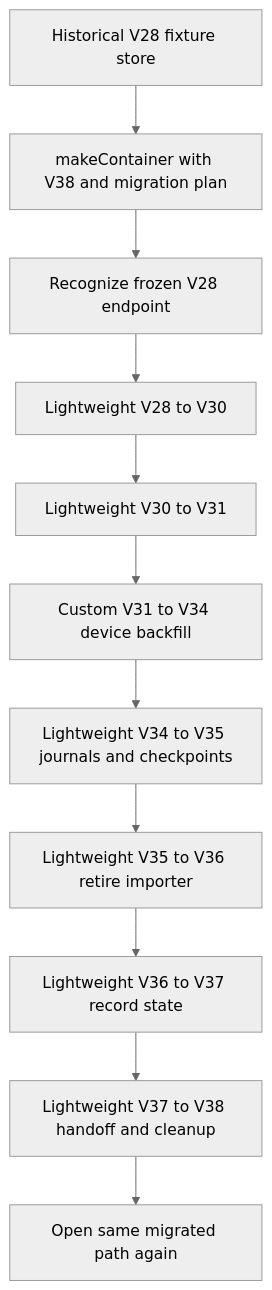
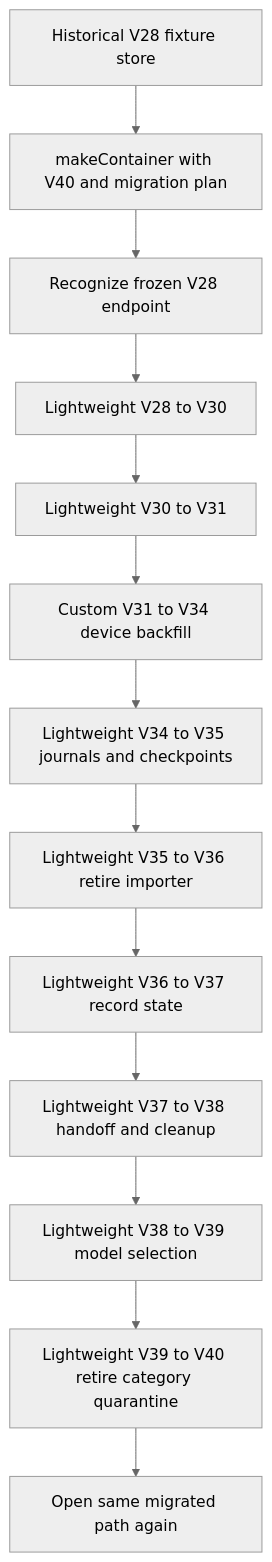
One commit to AkinoKaede/Termind changed the second of 3 diagrams in openwiki/concepts/persistence-and-secrets.md. Above: the diagram before and after it, drawn with Mermaid (neutral theme). The commit also changed other lines of this file and 49 other files, not shown here.

````diff
--- a/openwiki/concepts/persistence-and-secrets.md
+++ b/openwiki/concepts/persistence-and-secrets.md
@@ -163,13 +165,15 @@
 ```mermaid
 flowchart TD
-    Fixture["Historical V28 fixture store"] --> Factory["makeContainer with V38 and migration plan"]
+    Fixture["Historical V28 fixture store"] --> Factory["makeContainer with V40 and migration plan"]
     Factory --> V28["Recognize frozen V28 endpoint"]
     V28 --> V30["Lightweight V28 to V30"]
     V30 --> V31["Lightweight V30 to V31"]
     V31 --> V34["Custom V31 to V34 device backfill"]
     V34 --> V35["Lightweight V34 to V35 journals and checkpoints"]
     V35 --> V36["Lightweight V35 to V36 retire importer"]
     V36 --> V37["Lightweight V36 to V37 record state"]
     V37 --> V38["Lightweight V37 to V38 handoff and cleanup"]
-    V38 --> Reopen["Open same migrated path again"]
+    V38 --> V39["Lightweight V38 to V39 model selection"]
+    V39 --> V40["Lightweight V39 to V40 retire category quarantine"]
+    V40 --> Reopen["Open same migrated path again"]
 ```
````
